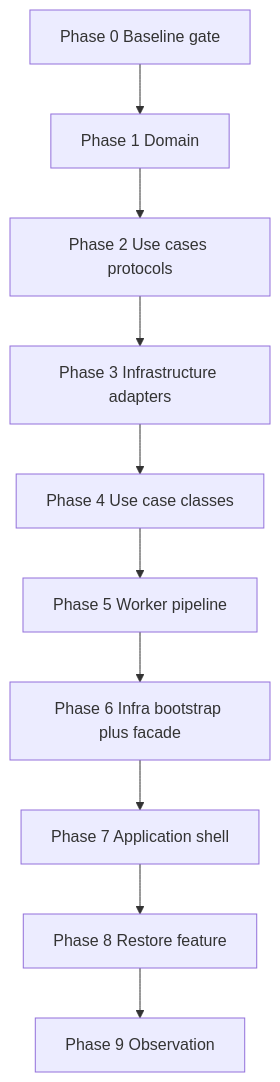
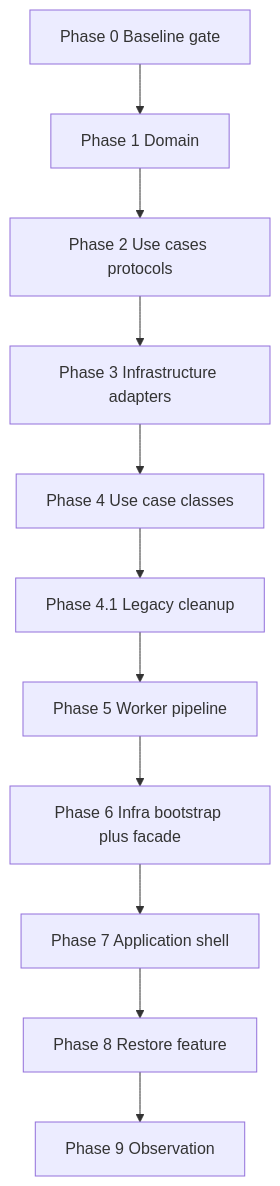
The first of 2 diagrams in docs/ONION_LAYER_IMPLEMENTATION.md (RomFuture/telegram-uploader), drawn with Mermaid before and after one commit. The commit also changed other lines of this file and 76 other files, not shown here.

````diff
--- a/docs/ONION_LAYER_IMPLEMENTATION.md
+++ b/docs/ONION_LAYER_IMPLEMENTATION.md
@@ -175,15 +234,16 @@
 ```mermaid
 flowchart TB
   P0[Phase 0 Baseline gate]
   P1[Phase 1 Domain]
   P2[Phase 2 Use cases protocols]
   P3[Phase 3 Infrastructure adapters]
   P4[Phase 4 Use case classes]
+  P4_1[Phase 4.1 Legacy cleanup]
   P5[Phase 5 Worker pipeline]
   P6[Phase 6 Infra bootstrap plus facade]
   P7[Phase 7 Application shell]
   P8[Phase 8 Restore feature]
   P9[Phase 9 Observation]
 
-  P0 --> P1 --> P2 --> P3 --> P4 --> P5 --> P6 --> P7 --> P8 --> P9
+  P0 --> P1 --> P2 --> P3 --> P4 --> P4_1 --> P5 --> P6 --> P7 --> P8 --> P9
 ```
````
